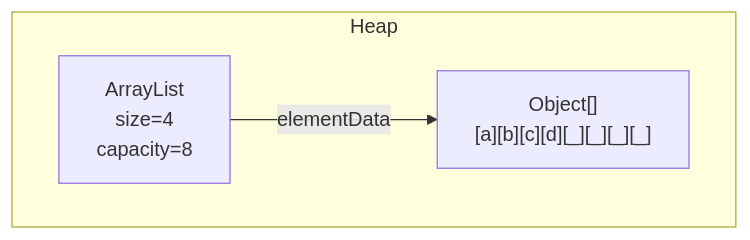
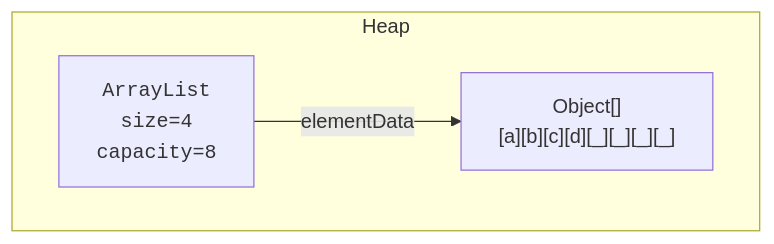
One commit to dataslope/dataslope changed the second of 3 diagrams in content/learn/java-collections-and-generics-deep-dive/lists.mdx. Above: the diagram before and after it, drawn with Mermaid. The commit also changed 100 other files, not shown here.

First line of the commit message:
Wrap more code in diagram labels: filenames, hex, assignments, subgraph titles

````diff
--- a/content/learn/java-collections-and-generics-deep-dive/lists.mdx
+++ b/content/learn/java-collections-and-generics-deep-dive/lists.mdx
@@ -71,8 +71,8 @@
 ```mermaid
 flowchart LR
     subgraph Heap
       direction LR
-      A[ArrayList<br/>size=4<br/>capacity=8]
+      A["<code>ArrayList<br/>size=4<br/>capacity=8</code>"]
       A -->|elementData| ARR["Object[]<br/>[a][b][c][d][_][_][_][_]"]
     end
 ```
````
